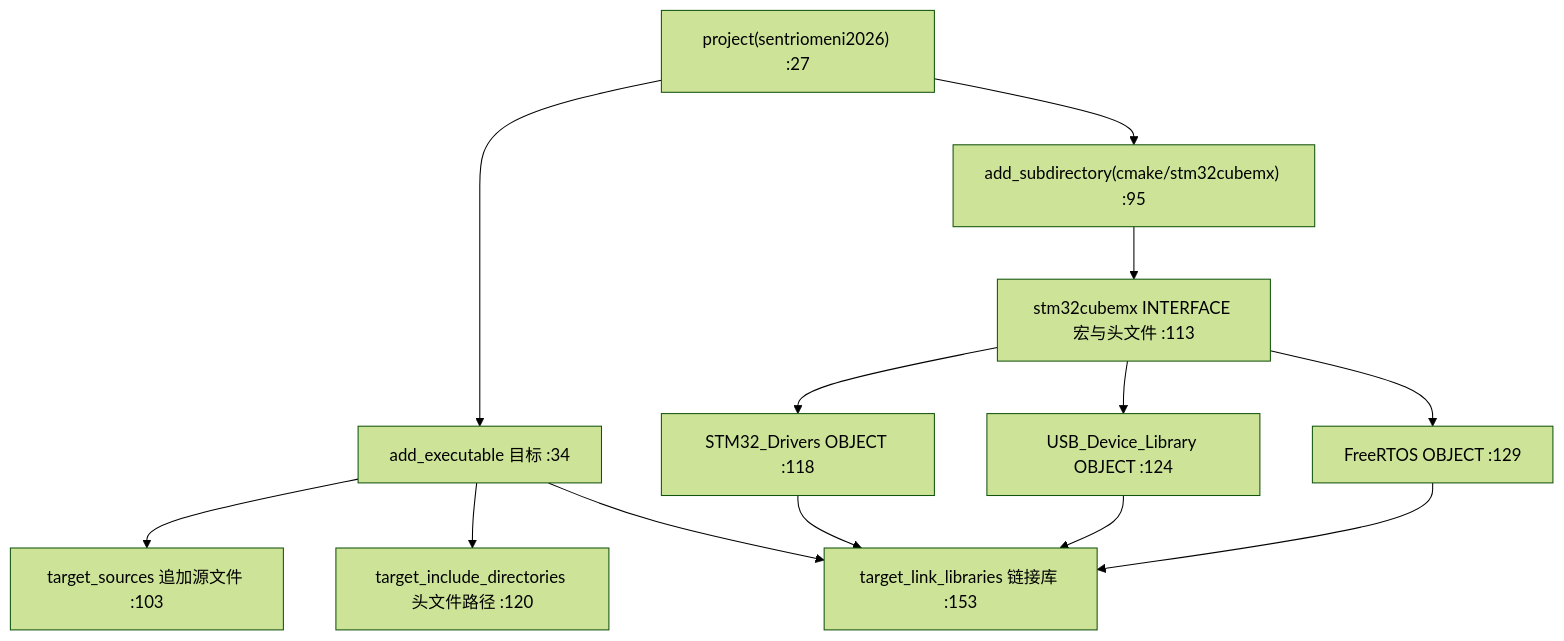
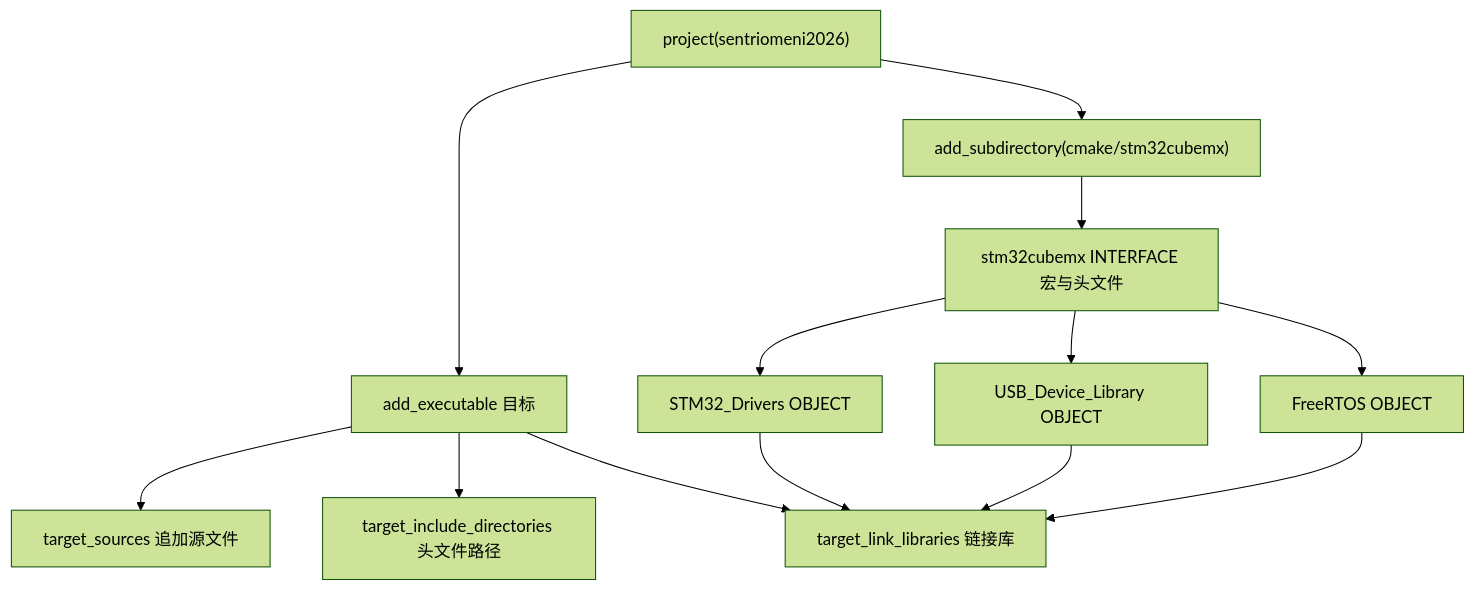
The first of 2 diagrams in docs/10-嵌入式构建与调试/01-CMake与双交叉工具链/01-CMake工程结构与双板同构.md (TC635807/TC63PersonalWebsite), drawn with Mermaid (forest theme) before and after one commit. The commit also changed other lines of this file and 563 other files, not shown here.

````diff
--- a/docs/10-嵌入式构建与调试/01-CMake与双交叉工具链/01-CMake工程结构与双板同构.md
+++ b/docs/10-嵌入式构建与调试/01-CMake与双交叉工具链/01-CMake工程结构与双板同构.md
@@ -43,15 +43,15 @@
 ```mermaid
 flowchart TD
-  A["project(sentriomeni2026) :27"] --> B["add_executable 目标 :34"]
-  B --> C["target_sources 追加源文件 :103"]
-  B --> D["target_include_directories 头文件路径 :120"]
-  B --> E["target_link_libraries 链接库 :153"]
-  A --> F["add_subdirectory(cmake/stm32cubemx) :95"]
-  F --> G["stm32cubemx INTERFACE 宏与头文件 :113"]
-  G --> H["STM32_Drivers OBJECT :118"]
-  G --> I["USB_Device_Library OBJECT :124"]
-  G --> J["FreeRTOS OBJECT :129"]
+  A["project(sentriomeni2026) "] --> B["add_executable 目标 "]
+  B --> C["target_sources 追加源文件 "]
+  B --> D["target_include_directories 头文件路径 "]
+  B --> E["target_link_libraries 链接库 "]
+  A --> F["add_subdirectory(cmake/stm32cubemx) "]
+  F --> G["stm32cubemx INTERFACE 宏与头文件 "]
+  G --> H["STM32_Drivers OBJECT "]
+  G --> I["USB_Device_Library OBJECT "]
+  G --> J["FreeRTOS OBJECT "]
   H --> E
   I --> E
   J --> E
 ```
````
